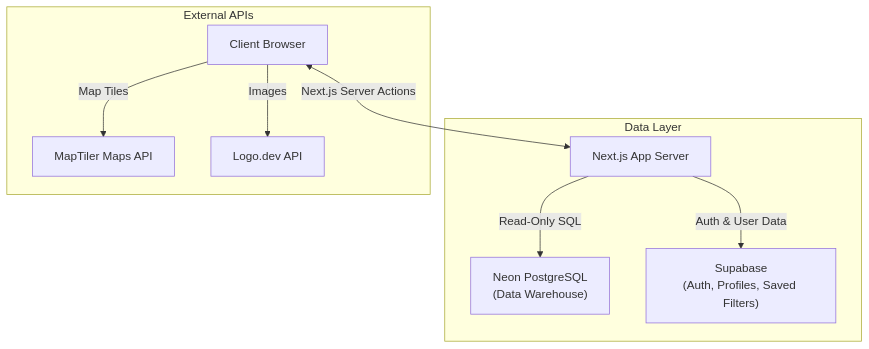
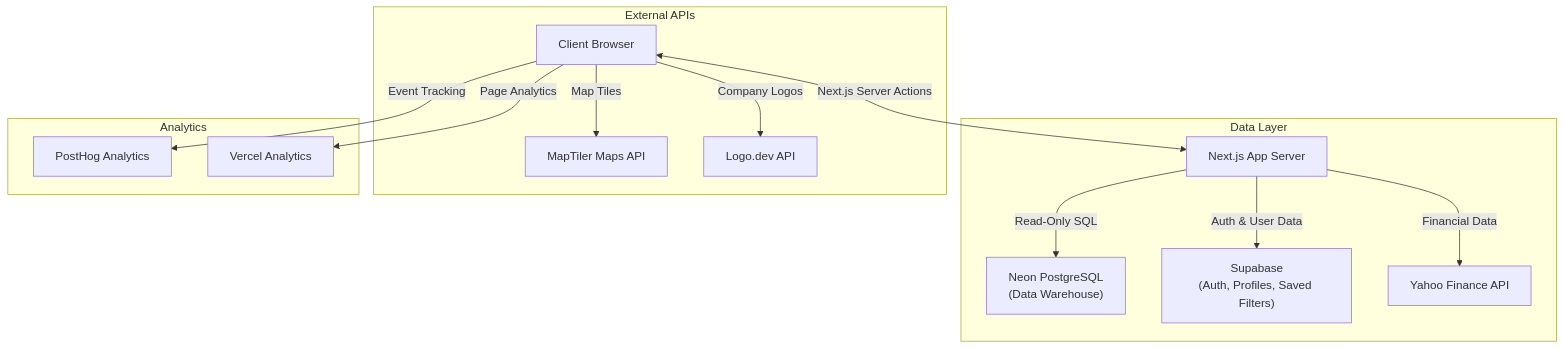
One commit to Bamboo-Reports/bamboo-reports-main changed the diagram in README.md. Above: the diagram before and after it, drawn with Mermaid. The commit also changed other lines of this file and 8 other files, not shown here.

````diff
--- a/README.md
+++ b/README.md
@@ -74,14 +91,20 @@
 ```mermaid
 graph TD
     Client[Client Browser] <-->|Next.js Server Actions| AppServer[Next.js App Server]
-    
+
     subgraph Data Layer
         AppServer -->|Read-Only SQL| Neon["Neon PostgreSQL<br/>(Data Warehouse)"]
         AppServer -->|Auth & User Data| Supabase["Supabase<br/>(Auth, Profiles, Saved Filters)"]
+        AppServer -->|Financial Data| YahooFinance["Yahoo Finance API"]
     end
-    
+
     subgraph External APIs
         Client -->|Map Tiles| MapTiler[MapTiler Maps API]
-        Client -->|Images| LogoDev[Logo.dev API]
+        Client -->|Company Logos| LogoDev[Logo.dev API]
+    end
+
+    subgraph Analytics
+        Client -->|Event Tracking| PostHog[PostHog Analytics]
+        Client -->|Page Analytics| Vercel[Vercel Analytics]
     end
 ```
````
